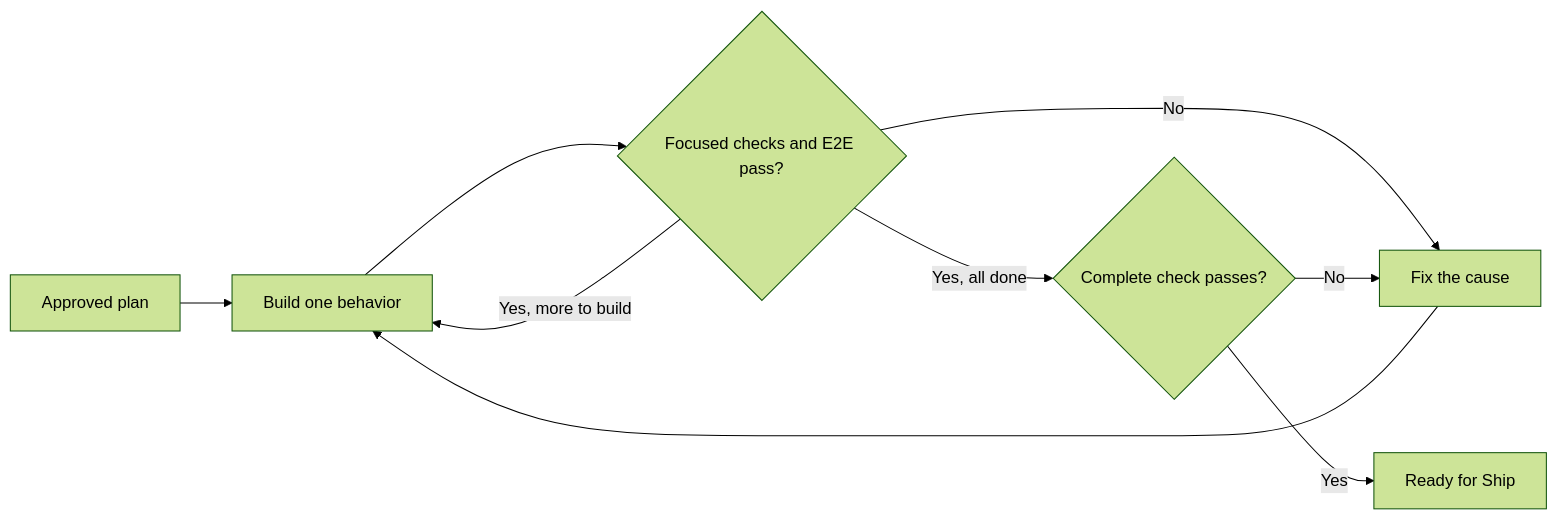
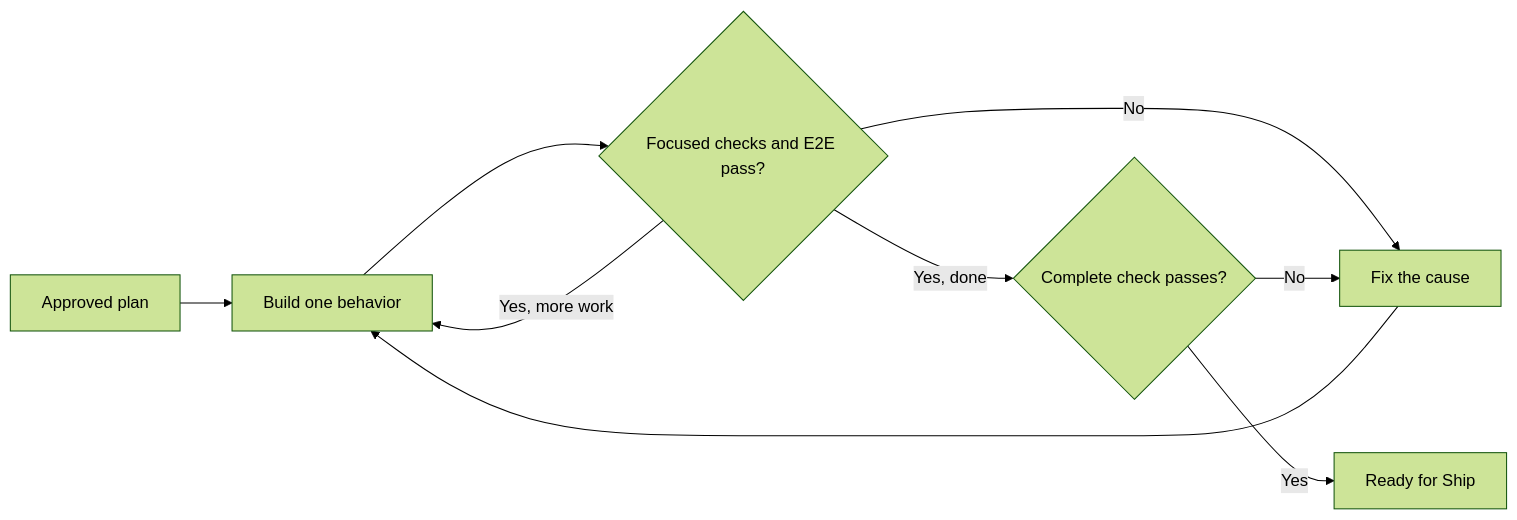
One commit to sgaabdu4/hard-eng changed the fourth of 7 diagrams in README.md. Above: the diagram before and after it, drawn with Mermaid (forest theme). The commit also changed other lines of this file and 1 other file, not shown here.

````diff
--- a/README.md
+++ b/README.md
@@ -217,11 +201,11 @@
 ```mermaid
 flowchart LR
   A[Approved plan] --> B[Build one behavior]
   B --> C{Focused checks and E2E pass?}
   C -->|No| D[Fix the cause]
   D --> B
-  C -->|Yes, more to build| B
-  C -->|Yes, all done| E{Complete check passes?}
+  C -->|Yes, more work| B
+  C -->|Yes, done| E{Complete check passes?}
   E -->|No| D
   E -->|Yes| F[Ready for Ship]
 ```
````
